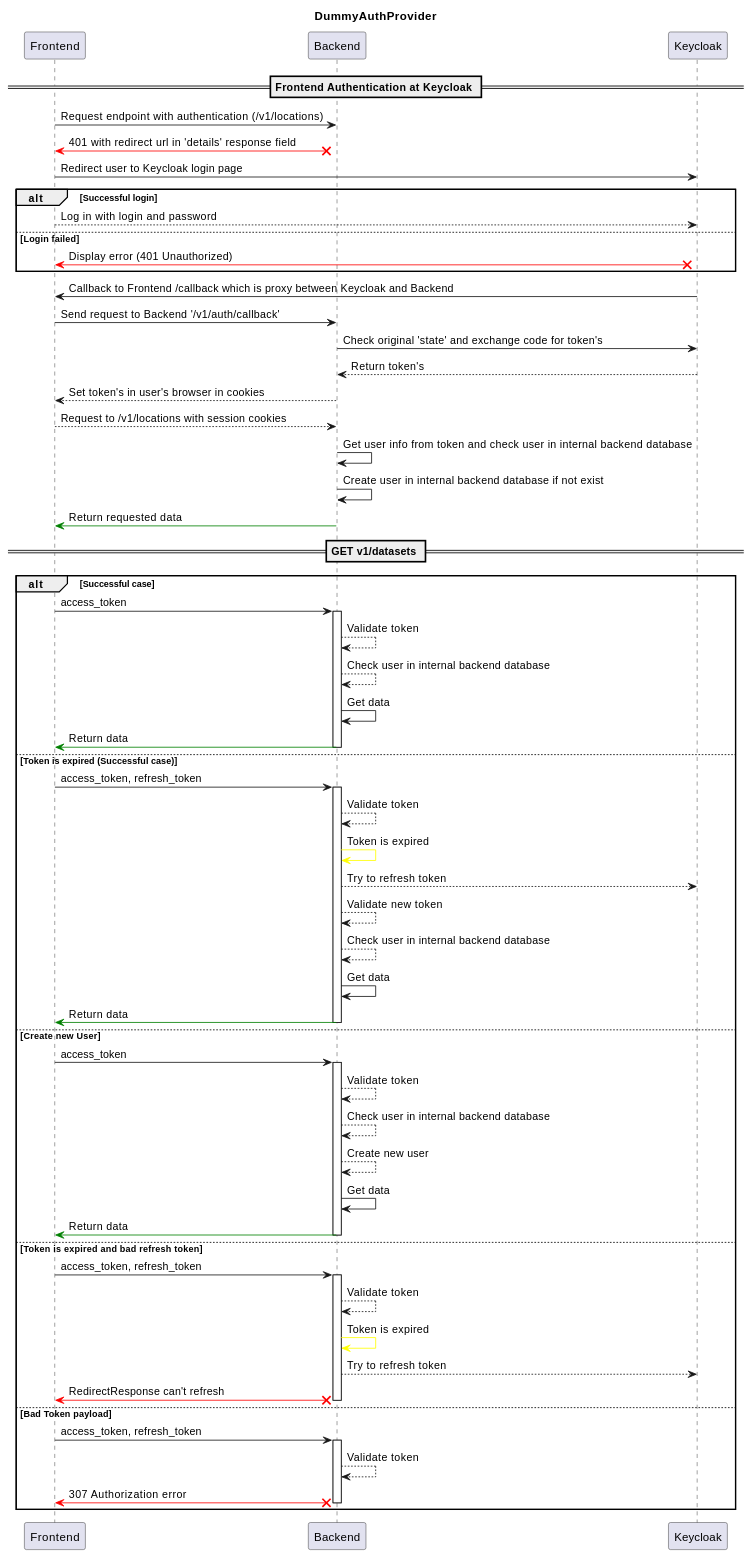
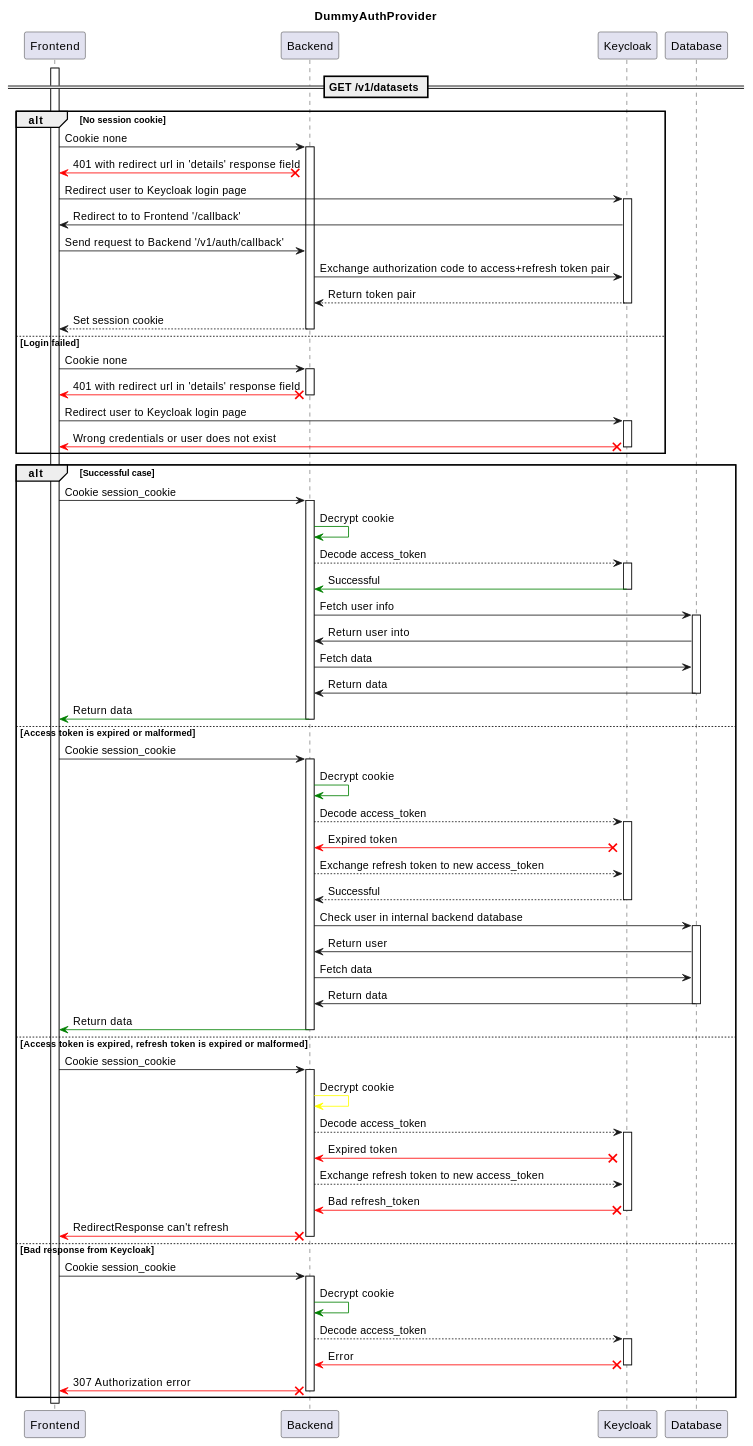
The diagram in docs/reference/server/auth/keycloak.rst (MobileTeleSystems/data-rentgen), drawn with PlantUML before and after one commit. The commit also changed other lines of this file, not shown here.

Commit message:
[DOP-28075] Fix KeycloakAuth interaction schema docs

```diff
--- a/docs/reference/server/auth/keycloak.rst
+++ b/docs/reference/server/auth/keycloak.rst
@@ -21,80 +24,75 @@
     .. plantuml::
 
         @startuml
             title DummyAuthProvider
             participant "Frontend"
             participant "Backend"
             participant "Keycloak"
 
-            == Frontend Authentication at Keycloak ==
+            == GET /v1/datasets ==
 
-            Frontend -> Backend : Request endpoint with authentication (/v1/locations)
+            activate "Frontend"
 
-            Backend x-[#red]> Frontend: 401 with redirect url in 'details' response field
+            alt No session cookie
+                "Frontend" -> "Backend" ++ : Cookie none
+                "Backend" x-[#red]> "Frontend": 401 with redirect url in 'details' response field
+                "Frontend" -> "Keycloak" ++ : Redirect user to Keycloak login page
 
-            Frontend -> Keycloak : Redirect user to Keycloak login page
+                "Keycloak" -> "Frontend" : Redirect to to Frontend '/callback'
 
-            alt Successful login
-                Frontend --> Keycloak : Log in with login and password
+                "Frontend" -> "Backend" : Send request to Backend '/v1/auth/callback'
+
+                "Backend" -> "Keycloak" : Exchange authorization code to access+refresh token pair
+                "Keycloak" --> "Backend" -- : Return token pair
+                "Backend" --> "Frontend" -- : Set session cookie
+
             else Login failed
-                Keycloak x-[#red]> Frontend -- : Display error (401 Unauthorized)
+                "Frontend" -> "Backend" ++ : Cookie none
+                "Backend" x-[#red]> "Frontend" --: 401 with redirect url in 'details' response field
+                "Frontend" -> "Keycloak" ++ : Redirect user to Keycloak login page
+                "Keycloak" x-[#red]> "Frontend" -- : Wrong credentials or user does not exist
             end
 
-            Keycloak -> Frontend : Callback to Frontend /callback which is proxy between Keycloak and Backend
-
-            Frontend -> Backend : Send request to Backend '/v1/auth/callback'
-
-            Backend -> Keycloak : Check original 'state' and exchange code for token's
-            Keycloak --> Backend : Return token's
-            Backend --> Frontend : Set token's in user's browser in cookies
-
-            Frontend --> Backend : Request to /v1/locations with session cookies
-            Backend -> Backend : Get user info from token and check user in internal backend database
-            Backend -> Backend : Create user in internal backend database if not exist
-            Backend -[#green]> Frontend -- : Return requested data
-
-
-            == GET v1/datasets ==
-
-
             alt Successful case
-                "Frontend" -> "Backend" ++ : access_token
-                "Backend" --> "Backend" : Validate token
-                "Backend" --> "Backend" : Check user in internal backend database
-                "Backend" -> "Backend" : Get data
+                "Frontend" -> "Backend" ++ : Cookie session_cookie
+                "Backend" -[#green]> "Backend" : Decrypt cookie
+                "Backend" --> "Keycloak" ++ : Decode access_token
+                "Keycloak" -[#green]> "Backend" -- : Successful
+                "Backend" -> "Database" ++ : Fetch user info
+                "Database" -> "Backend" : Return user into
+                "Backend" -> "Database" : Fetch data
+                "Database" -> "Backend" -- : Return data
                 "Backend" -[#green]> "Frontend" -- : Return data
 
-            else Token is expired (Successful case)
-                "Frontend" -> "Backend" ++ : access_token, refresh_token
-                "Backend" --> "Backend" : Validate token
-                "Backend" -[#yellow]> "Backend" : Token is expired
-                "Backend" --> "Keycloak" : Try to refresh token
-                "Backend" --> "Backend" : Validate new token
-                "Backend" --> "Backend" : Check user in internal backend database
-                "Backend" -> "Backend" : Get data
+            else Access token is expired or malformed
+                "Frontend" -> "Backend" ++ : Cookie session_cookie
+                "Backend" -[#green]> "Backend" : Decrypt cookie
+                "Backend" --> "Keycloak" ++ : Decode access_token
+                "Keycloak" x-[#red]> "Backend" : Expired token
+                "Backend" --> "Keycloak" : Exchange refresh token to new access_token
+                "Keycloak" --> "Backend" -- : Successful
+                "Backend" -> "Database" ++ : Check user in internal backend database
+                "Database" -> "Backend" : Return user
+                "Backend" -> "Database" : Fetch data
+                "Database" -> "Backend" -- : Return data
                 "Backend" -[#green]> "Frontend" -- : Return data
 
-            else Create new User
-                "Frontend" -> "Backend" ++ : access_token
-                "Backend" --> "Backend" : Validate token
-                "Backend" --> "Backend" : Check user in internal backend database
-                "Backend" --> "Backend" : Create new user
-                "Backend" -> "Backend" : Get data
-                "Backend" -[#green]> "Frontend" -- : Return data
-
-            else Token is expired and bad refresh token
-                "Frontend" -> "Backend" ++ : access_token, refresh_token
-                "Backend" --> "Backend" : Validate token
-                "Backend" -[#yellow]> "Backend" : Token is expired
-                "Backend" --> "Keycloak" : Try to refresh token
+            else Access token is expired, refresh token is expired or malformed
+                "Frontend" -> "Backend" ++ : Cookie session_cookie
+                "Backend" -[#yellow]> "Backend" : Decrypt cookie
+                "Backend" --> "Keycloak" ++ : Decode access_token
+                "Keycloak" x-[#red]> "Backend" : Expired token
+                "Backend" --> "Keycloak" : Exchange refresh token to new access_token
+                "Keycloak" x-[#red]> "Backend" -- : Bad refresh_token
                 "Backend" x-[#red]> "Frontend" -- : RedirectResponse can't refresh
 
-            else Bad Token payload
-                "Frontend" -> "Backend" ++ : access_token, refresh_token
-                "Backend" --> "Backend" : Validate token
+            else Bad response from Keycloak
+                "Frontend" -> "Backend" ++ : Cookie session_cookie
+                "Backend" -[#green]> "Backend" : Decrypt cookie
+                "Backend" --> "Keycloak" ++ : Decode access_token
+                "Keycloak" x-[#red]> "Backend" -- : Error
                 "Backend" x-[#red]> "Frontend" -- : 307 Authorization error
-
             end
 
             deactivate "Frontend"
         @enduml
```
